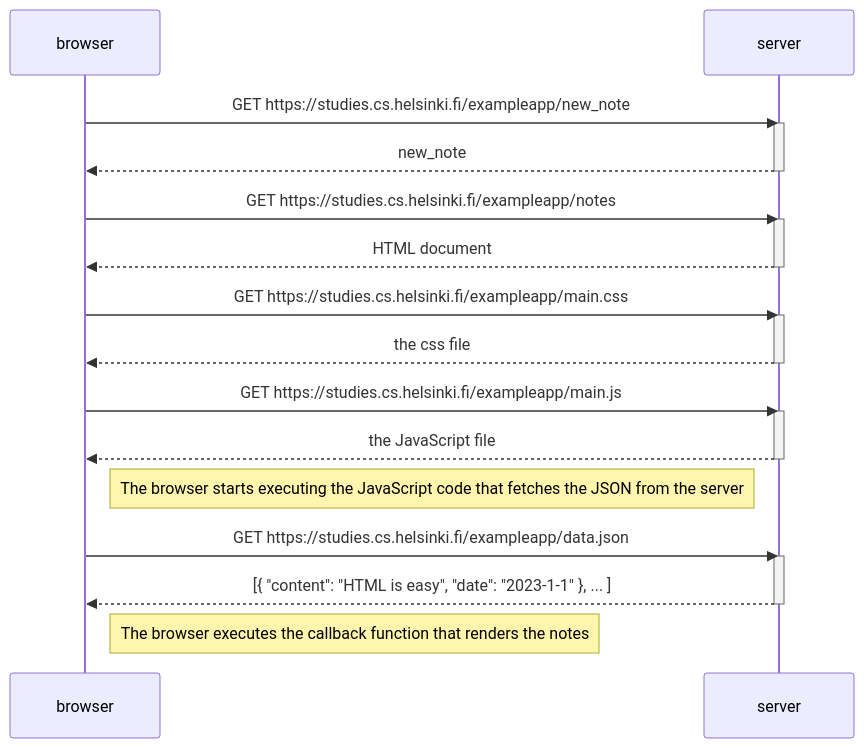
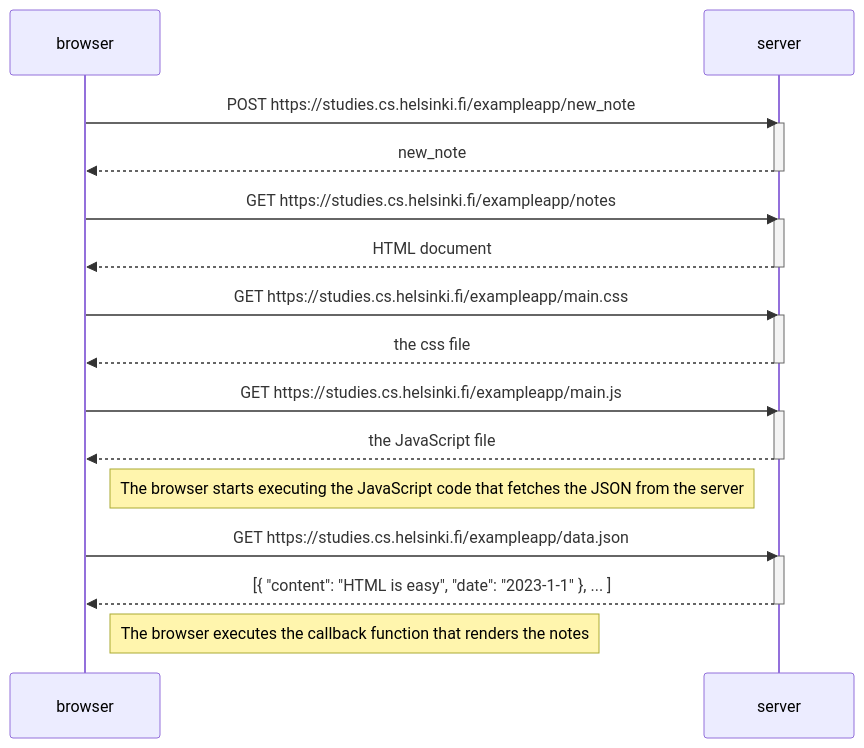
Before and after one commit to dariyavali007/FullStackOpenSubmissions: the diagram in part0/0.4: New note diagram.md, drawn with Mermaid.

Commit message:
Change GET to POST in note diagram

````diff
--- a/part0/0.4: New note diagram.md
+++ b/part0/0.4: New note diagram.md
@@ -1,34 +1,34 @@
 ```mermaid
 sequenceDiagram
     participant browser
     participant server
 
-    browser->>server: GET https://studies.cs.helsinki.fi/exampleapp/new_note
+    browser->>server: POST https://studies.cs.helsinki.fi/exampleapp/new_note
     activate server
     server-->>browser: new_note
     deactivate server
 
     browser->>server: GET https://studies.cs.helsinki.fi/exampleapp/notes
     activate server
     server-->>browser: HTML document
     deactivate server
 
     browser->>server: GET https://studies.cs.helsinki.fi/exampleapp/main.css
     activate server
     server-->>browser: the css file
     deactivate server
 
     browser->>server: GET https://studies.cs.helsinki.fi/exampleapp/main.js
     activate server
     server-->>browser: the JavaScript file
     deactivate server
 
     Note right of browser: The browser starts executing the JavaScript code that fetches the JSON from the server
 
     browser->>server: GET https://studies.cs.helsinki.fi/exampleapp/data.json
     activate server
     server-->>browser: [{ "content": "HTML is easy", "date": "2023-1-1" }, ... ]
     deactivate server
 
     Note right of browser: The browser executes the callback function that renders the notes
 ```
````
